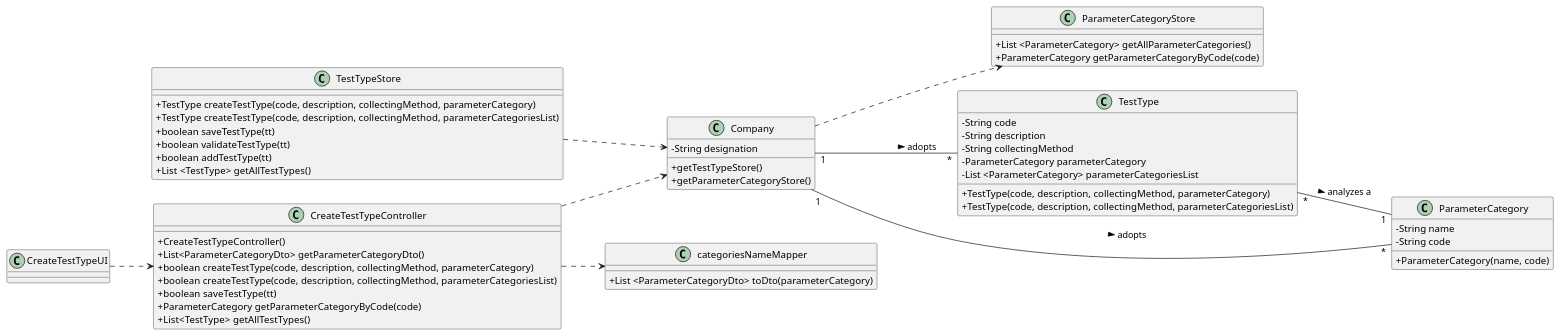
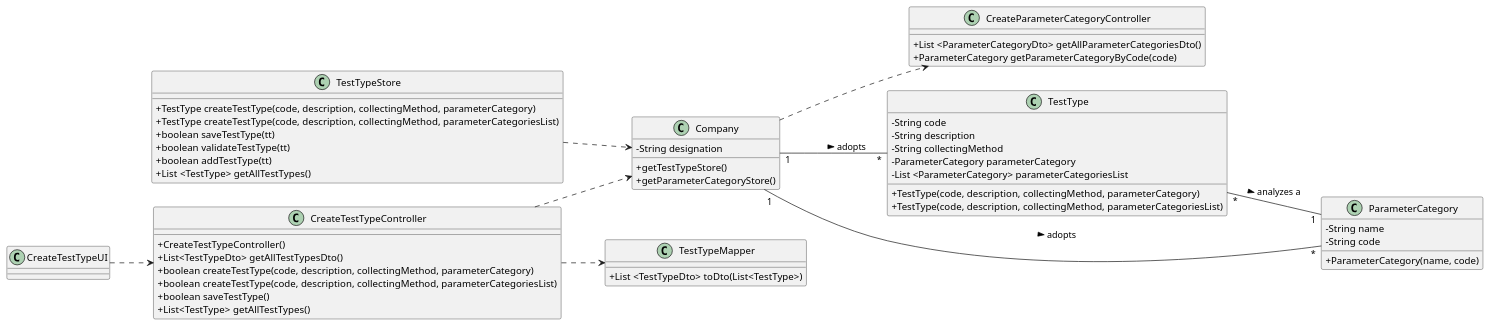
One commit to 0franciscor/lei-21-s2-1de-g19 changed the diagram in docs/SprintB/US09/US09-CD.puml. Above: the diagram before and after it, drawn with PlantUML. The commit also changed 17 other files, not shown here.

```diff
--- a/docs/SprintB/US09/US09-CD.puml
+++ b/docs/SprintB/US09/US09-CD.puml
@@ -1,74 +1,73 @@
 @startuml
 skinparam classAttributeIconSize 0
 left to right direction
 
 class "Company" as C {
 -String designation
 +getTestTypeStore()
 +getParameterCategoryStore()
 }
 
-class "categoriesNameMapper" as cNM {
-+List <ParameterCategoryDto> toDto(parameterCategory)
+class "TestTypeMapper" as ttM{
++List <TestTypeDto> toDto(List<TestType>)
 }
 
 class "TestTypeStore" as TTS{
 +TestType createTestType(code, description, collectingMethod, parameterCategory)
 +TestType createTestType(code, description, collectingMethod, parameterCategoriesList)
 +boolean saveTestType(tt)
 +boolean validateTestType(tt)
 +boolean addTestType(tt)
 +List <TestType> getAllTestTypes()
 }
 
-class "ParameterCategoryStore" as PCS{
-+List <ParameterCategory> getAllParameterCategories()
+class "CreateParameterCategoryController" as PCS{
++List <ParameterCategoryDto> getAllParameterCategoriesDto()
 +ParameterCategory getParameterCategoryByCode(code)
 }
 
 class "TestType" as TT {
 -String code
 -String description
 -String collectingMethod
 -ParameterCategory parameterCategory
 -List <ParameterCategory> parameterCategoriesList
 +TestType(code, description, collectingMethod, parameterCategory)
 +TestType(code, description, collectingMethod, parameterCategoriesList)
 }
 
 class "CreateTestTypeController" as CTTC {
 +CreateTestTypeController()
-+List<ParameterCategoryDto> getParameterCategoryDto()
++List<TestTypeDto> getAllTestTypesDto()
 +boolean createTestType(code, description, collectingMethod, parameterCategory)
 +boolean createTestType(code, description, collectingMethod, parameterCategoriesList)
-+boolean saveTestType(tt)
-+ParameterCategory getParameterCategoryByCode(code)
++boolean saveTestType()
 +List<TestType> getAllTestTypes()
 }
 
 class "ParameterCategory" as PC{
 -String name
 -String code
 +ParameterCategory(name, code)
 }
 
 class "CreateTestTypeUI" as CTTUI
 class "TestType" as TT
 class "CreateTestTypeController" as CTTC
 
 CTTUI ..> CTTC
 
 C ..> PCS
 
 TTS ..> C
 
 
 CTTC ..> C
-CTTC ..> cNM
+CTTC ..> ttM
 
 TT "*" -- "1" PC : > analyzes a
 
 C "1" -- "*" TT : > adopts
 C "1" -- "*" PC : > adopts
 
 @enduml
```
